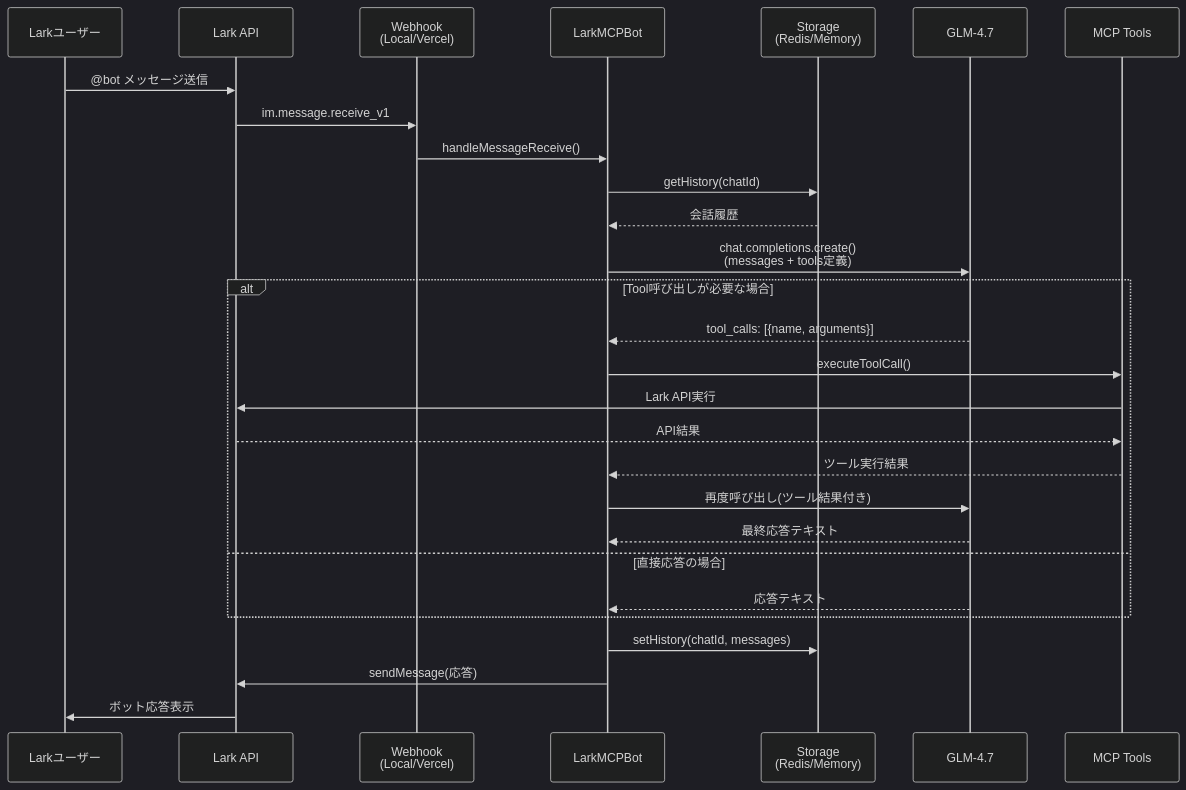
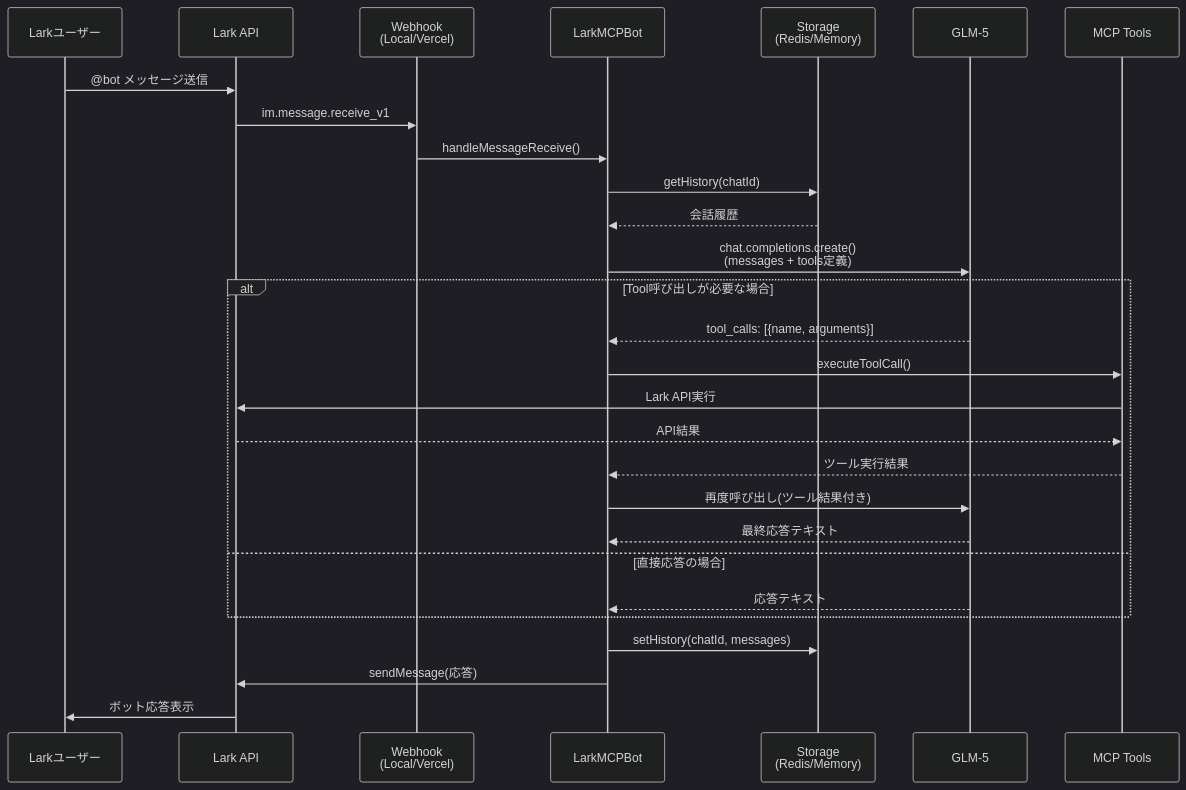
One commit to shoma-endo/lark-mcp-bot changed the second of 4 diagrams in README.md. Above: the diagram before and after it, drawn with Mermaid (dark theme). The commit also changed other lines of this file and 6 other files, not shown here.

````diff
--- a/README.md
+++ b/README.md
@@ -72,35 +74,35 @@
 ```mermaid
 sequenceDiagram
     participant U as Larkユーザー
     participant L as Lark API
     participant W as Webhook<br/>(Local/Vercel)
     participant B as LarkMCPBot
     participant S as Storage<br/>(Redis/Memory)
-    participant G as GLM-4.7
+    participant G as GLM-5
     participant M as MCP Tools
 
     U->>L: @bot メッセージ送信
     L->>W: im.message.receive_v1
     W->>B: handleMessageReceive()
 
     B->>S: getHistory(chatId)
     S-->>B: 会話履歴
 
     B->>G: chat.completions.create()<br/>(messages + tools定義)
 
     alt Tool呼び出しが必要な場合
         G-->>B: tool_calls: [{name, arguments}]
         B->>M: executeToolCall()
         M->>L: Lark API実行
         L-->>M: API結果
         M-->>B: ツール実行結果
         B->>G: 再度呼び出し(ツール結果付き)
         G-->>B: 最終応答テキスト
     else 直接応答の場合
         G-->>B: 応答テキスト
     end
 
     B->>S: setHistory(chatId, messages)
     B->>L: sendMessage(応答)
     L->>U: ボット応答表示
 ```
````
